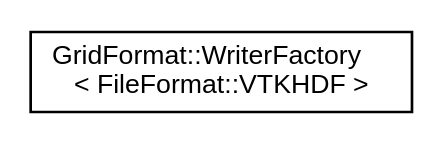
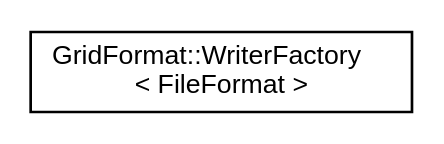
Before and after one commit to dglaeser/gridformat: the diagram in inherit_graph_52.dot, drawn with Graphviz. The commit also changed 368 other files, not shown here.

```diff
--- a/inherit_graph_52.dot
+++ b/inherit_graph_52.dot
@@ -1,8 +1,8 @@
 digraph "Graphical Class Hierarchy"
 {
  // LATEX_PDF_SIZE
   edge [fontname="Helvetica",fontsize="10",labelfontname="Helvetica",labelfontsize="10"];
   node [fontname="Helvetica",fontsize="10",shape=record];
   rankdir="LR";
-  Node0 [label="GridFormat::WriterFactory\l\< FileFormat::VTKHDF \>",height=0.2,width=0.4,color="black", fillcolor="white", style="filled",URL="$structGridFormat_1_1WriterFactory_3_01FileFormat_1_1VTKHDF_01_4.html",tooltip="Specialization of the WriterFactory for the vtk-hdf file format with automatic flavour selection."];
+  Node0 [label="GridFormat::WriterFactory\l\< FileFormat \>",height=0.2,width=0.4,color="black", fillcolor="white", style="filled",URL="$structGridFormat_1_1WriterFactory.html",tooltip="Factory class to create a writer for the given file format."];
 }
```
